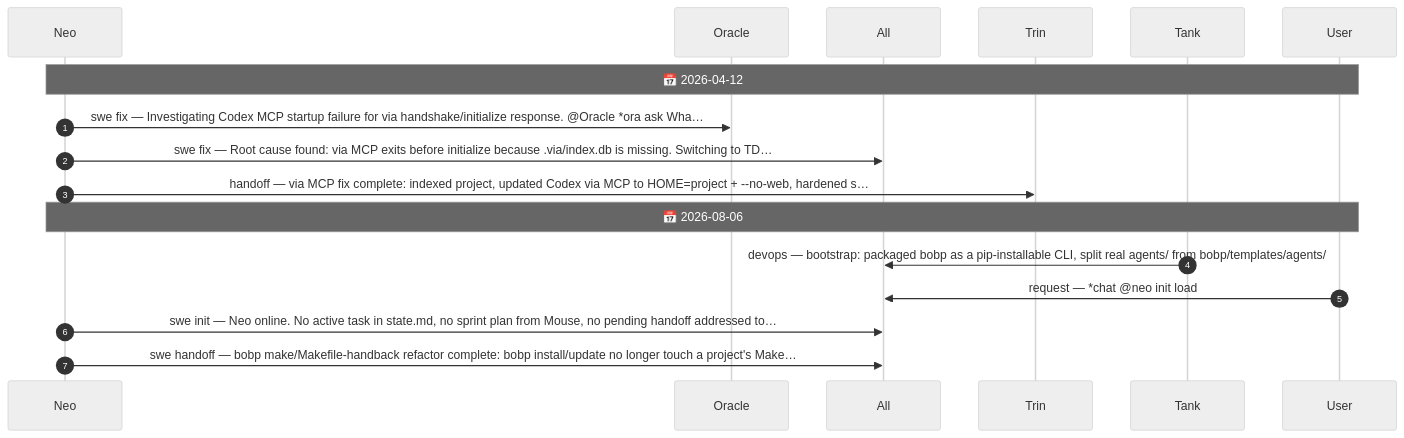
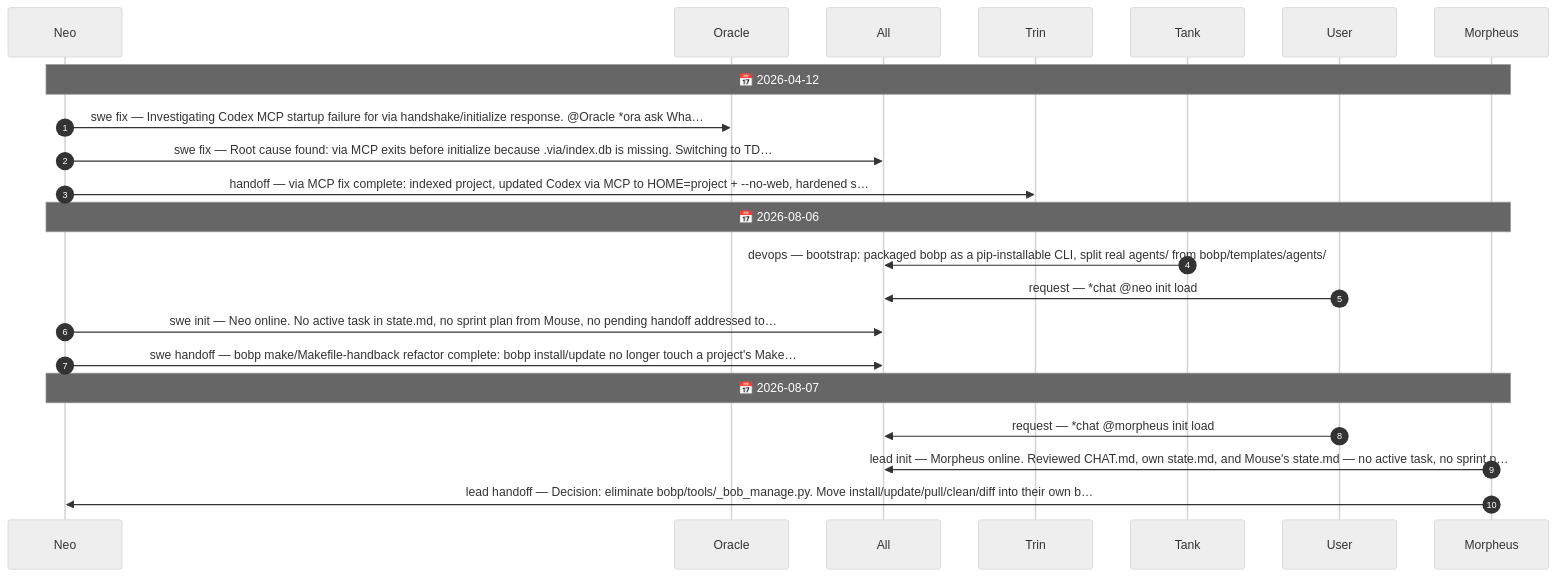
One commit to drusifer/bob_protocol changed the diagram in agents/CHAT.diagram.md. Above: the diagram before and after it, drawn with Mermaid (neutral theme). The commit also changed 4 other files, not shown here.

````diff
--- a/agents/CHAT.diagram.md
+++ b/agents/CHAT.diagram.md
@@ -5,19 +5,24 @@
 ```mermaid
 sequenceDiagram
     autonumber
     participant Neo
     participant Oracle
     participant All
     participant Trin
     participant Tank
     participant User
-    Note over Neo,User: 📅 2026-04-12
+    participant Morpheus
+    Note over Neo,Morpheus: 📅 2026-04-12
     Neo->>Oracle: swe fix — Investigating Codex MCP startup failure for via handshake/initialize response. @Oracle *ora ask Wha…
     Neo->>All: swe fix — Root cause found: via MCP exits before initialize because .via/index.db is missing. Switching to TD…
     Neo->>Trin: handoff — via MCP fix complete: indexed project, updated Codex via MCP to HOME=project + --no-web, hardened s…
-    Note over Neo,User: 📅 2026-08-06
+    Note over Neo,Morpheus: 📅 2026-08-06
     Tank->>All: devops — bootstrap: packaged bobp as a pip-installable CLI, split real agents/ from bobp/templates/agents/
     User->>All: request — *chat @neo init load
     Neo->>All: swe init — Neo online. No active task in state.md, no sprint plan from Mouse, no pending handoff addressed to…
     Neo->>All: swe handoff — bobp make/Makefile-handback refactor complete: bobp install/update no longer touch a project's Make…
+    Note over Neo,Morpheus: 📅 2026-08-07
+    User->>All: request — *chat @morpheus init load
+    Morpheus->>All: lead init — Morpheus online. Reviewed CHAT.md, own state.md, and Mouse's state.md — no active task, no sprint p…
+    Morpheus->>Neo: lead handoff — Decision: eliminate bobp/tools/_bob_manage.py. Move install/update/pull/clean/diff into their own b…
 ```
````
